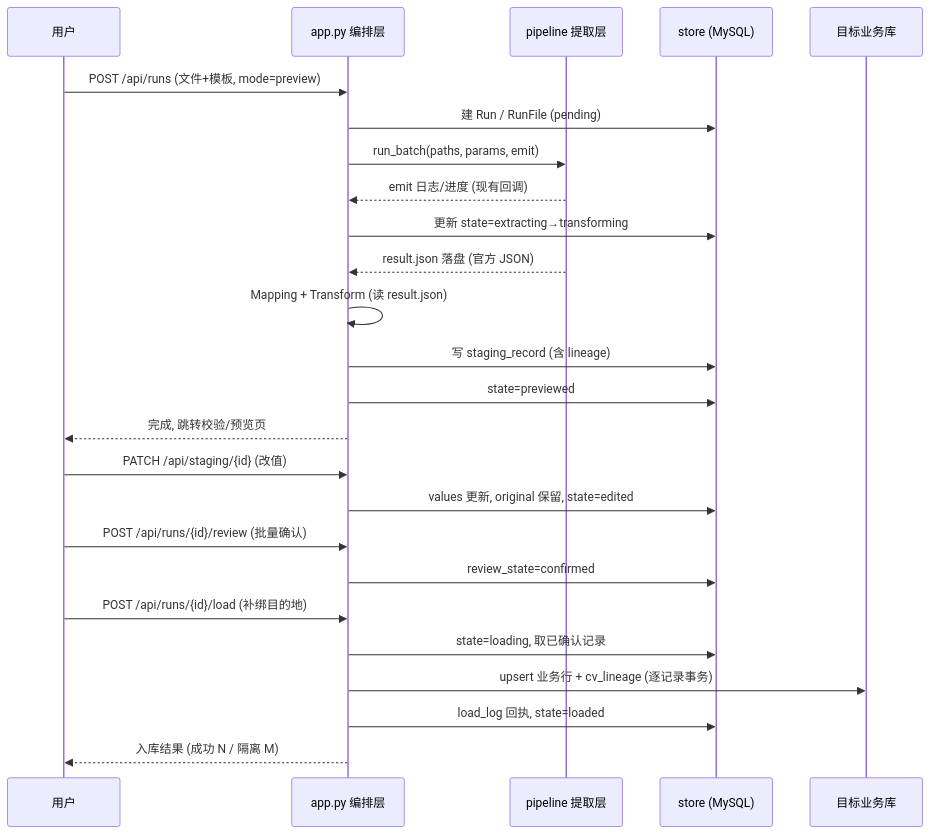
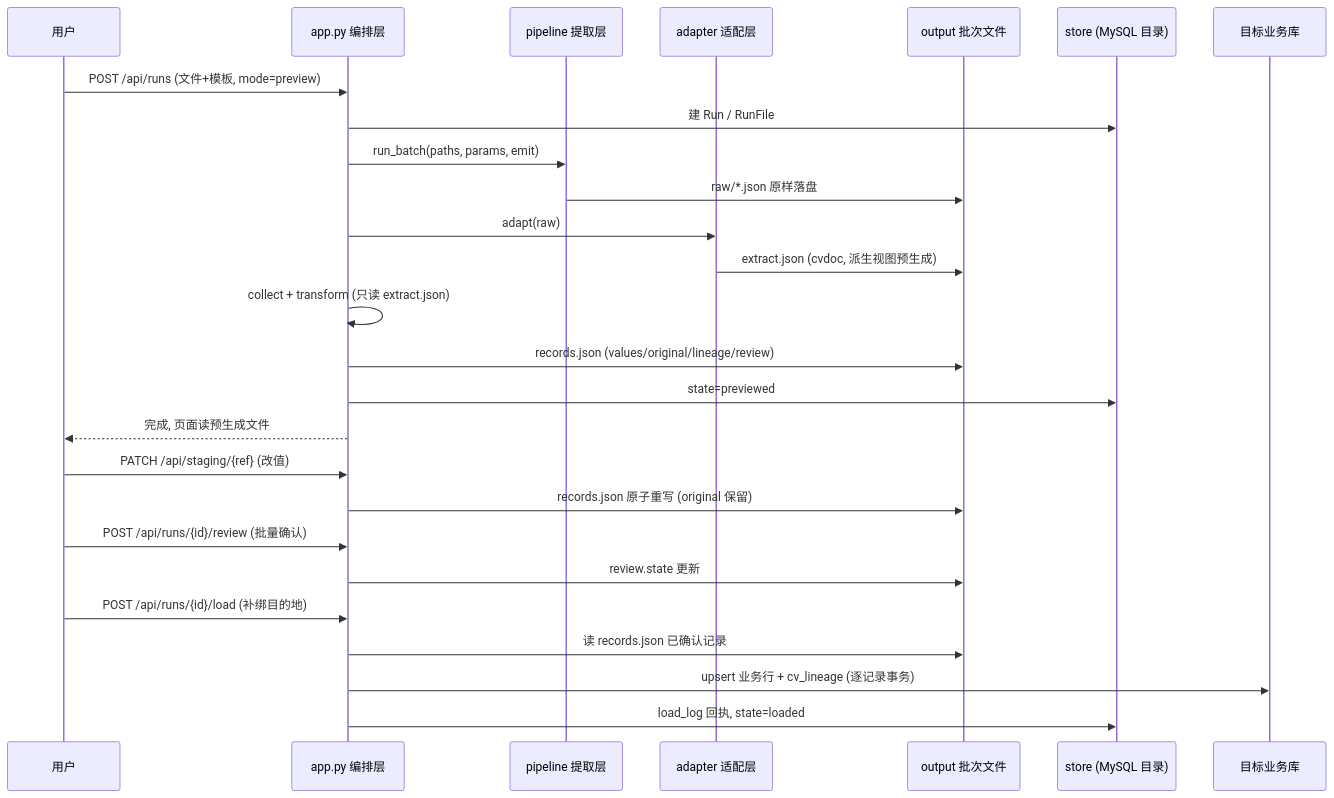
One commit to freeedoooooo/algs changed the fourth of 7 diagrams in 20-CV/mvp/docs/design-data-pipeline.md. Above: the diagram before and after it, drawn with Mermaid. The commit also changed other lines of this file and 6 other files, not shown here.

````diff
--- a/20-CV/mvp/docs/design-data-pipeline.md
+++ b/20-CV/mvp/docs/design-data-pipeline.md
@@ -216,28 +269,29 @@
 ```mermaid
 sequenceDiagram
     participant U as 用户
     participant A as app.py 编排层
     participant P as pipeline 提取层
-    participant S as store (MySQL)
+    participant AD as adapter 适配层
+    participant F as output 批次文件
+    participant S as store (MySQL 目录)
     participant T as 目标业务库
 
     U->>A: POST /api/runs (文件+模板, mode=preview)
-    A->>S: 建 Run / RunFile (pending)
+    A->>S: 建 Run / RunFile
     A->>P: run_batch(paths, params, emit)
-    P-->>A: emit 日志/进度 (现有回调)
-    A->>S: 更新 state=extracting→transforming
-    P-->>A: result.json 落盘 (官方 JSON)
-    A->>A: Mapping + Transform (读 result.json)
-    A->>S: 写 staging_record (含 lineage)
+    P->>F: raw/*.json 原样落盘
+    A->>AD: adapt(raw)
+    AD->>F: extract.json (cvdoc, 派生视图预生成)
+    A->>A: collect + transform (只读 extract.json)
+    A->>F: records.json (values/original/lineage/review)
     A->>S: state=previewed
-    A-->>U: 完成, 跳转校验/预览页
-    U->>A: PATCH /api/staging/{id} (改值)
-    A->>S: values 更新, original 保留, state=edited
+    A-->>U: 完成, 页面读预生成文件
+    U->>A: PATCH /api/staging/{ref} (改值)
+    A->>F: records.json 原子重写 (original 保留)
     U->>A: POST /api/runs/{id}/review (批量确认)
-    A->>S: review_state=confirmed
+    A->>F: review.state 更新
     U->>A: POST /api/runs/{id}/load (补绑目的地)
-    A->>S: state=loading, 取已确认记录
+    A->>F: 读 records.json 已确认记录
     A->>T: upsert 业务行 + cv_lineage (逐记录事务)
     A->>S: load_log 回执, state=loaded
-    A-->>U: 入库结果 (成功 N / 隔离 M)
 ```
````
